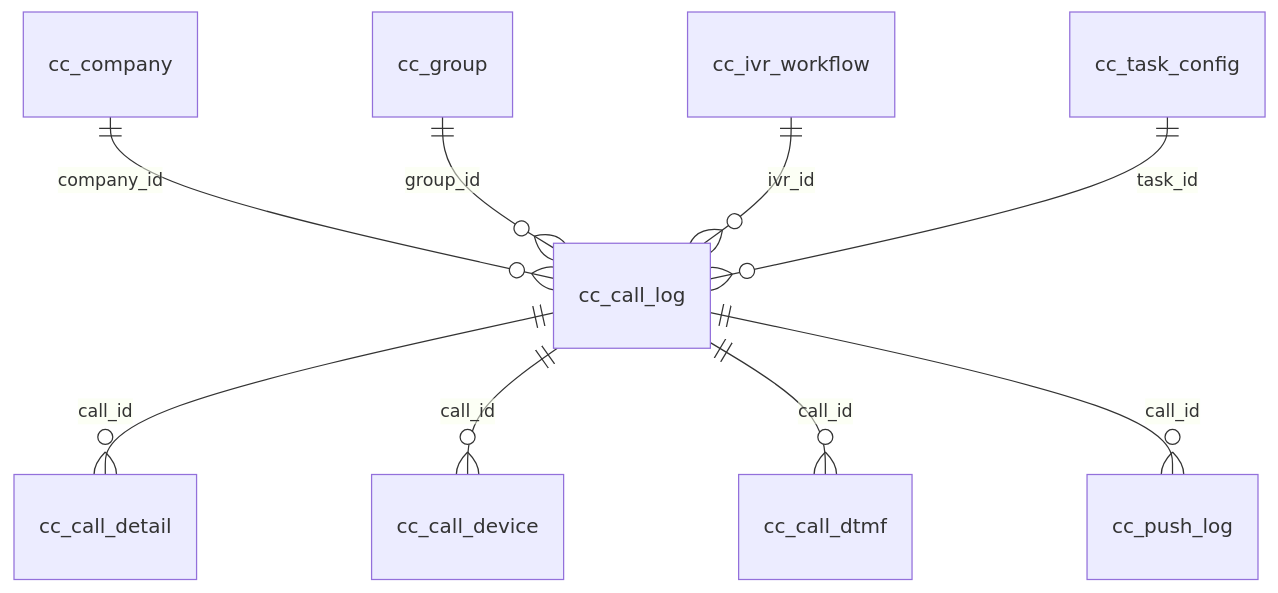
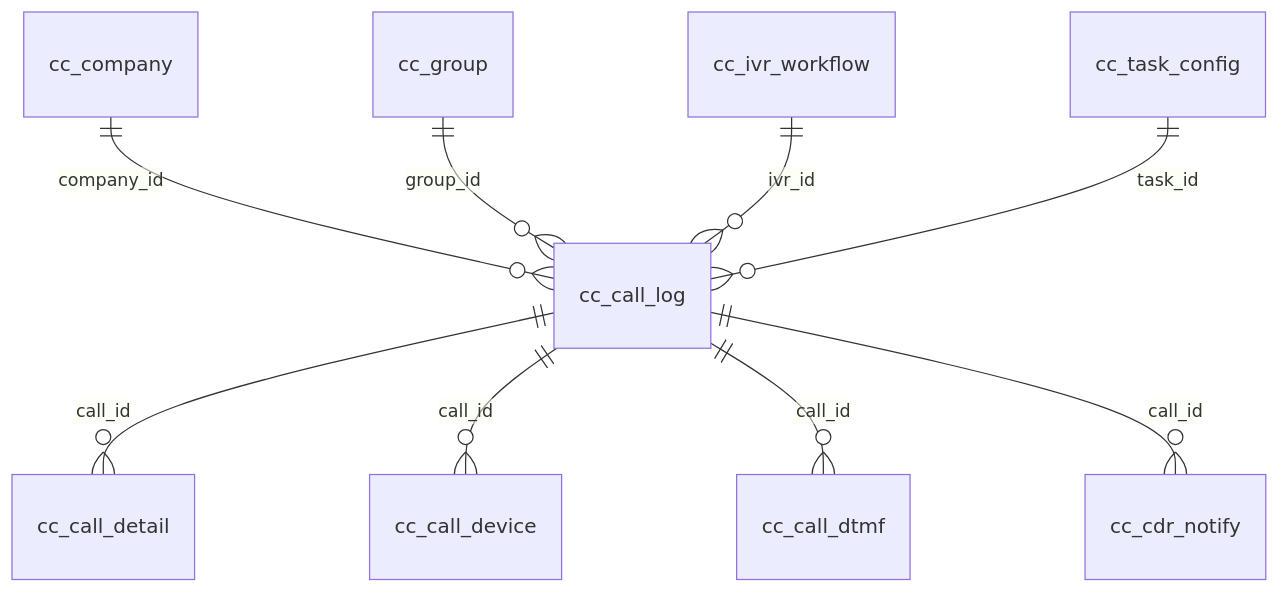
The eighth of 9 diagrams in docs/03-数据模型.md (dongjb741280/ai-call-center), drawn with Mermaid before and after one commit. The commit also changed other lines of this file and 5 other files, not shown here.

````diff
--- a/docs/03-数据模型.md
+++ b/docs/03-数据模型.md
@@ -156,11 +156,11 @@
 ```mermaid
 erDiagram
     cc_company ||--o{ cc_call_log : "company_id"
     cc_call_log ||--o{ cc_call_detail : "call_id"
     cc_call_log ||--o{ cc_call_device : "call_id"
     cc_call_log ||--o{ cc_call_dtmf : "call_id"
-    cc_call_log ||--o{ cc_push_log : "call_id"
+    cc_call_log ||--o{ cc_cdr_notify : "call_id"
     cc_group ||--o{ cc_call_log : "group_id"
     cc_ivr_workflow ||--o{ cc_call_log : "ivr_id"
     cc_task_config ||--o{ cc_call_log : "task_id"
 ```
````
